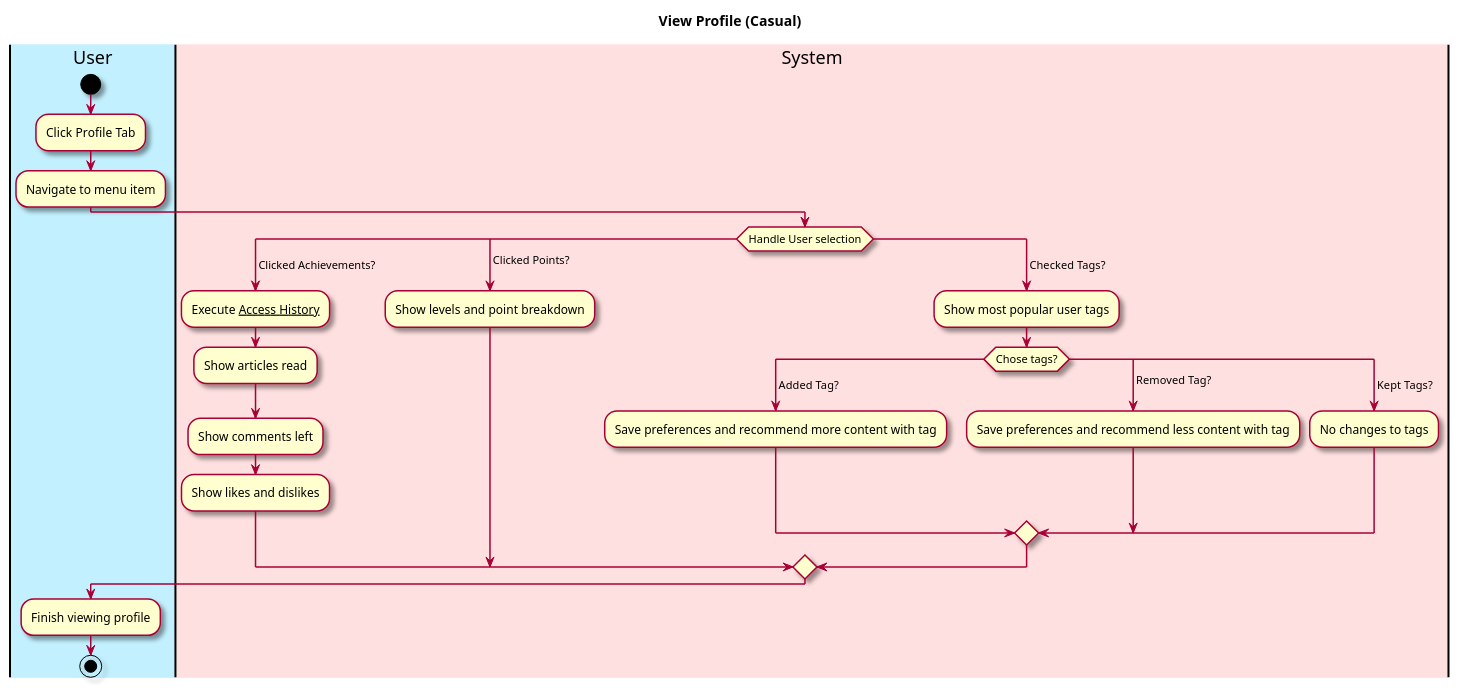
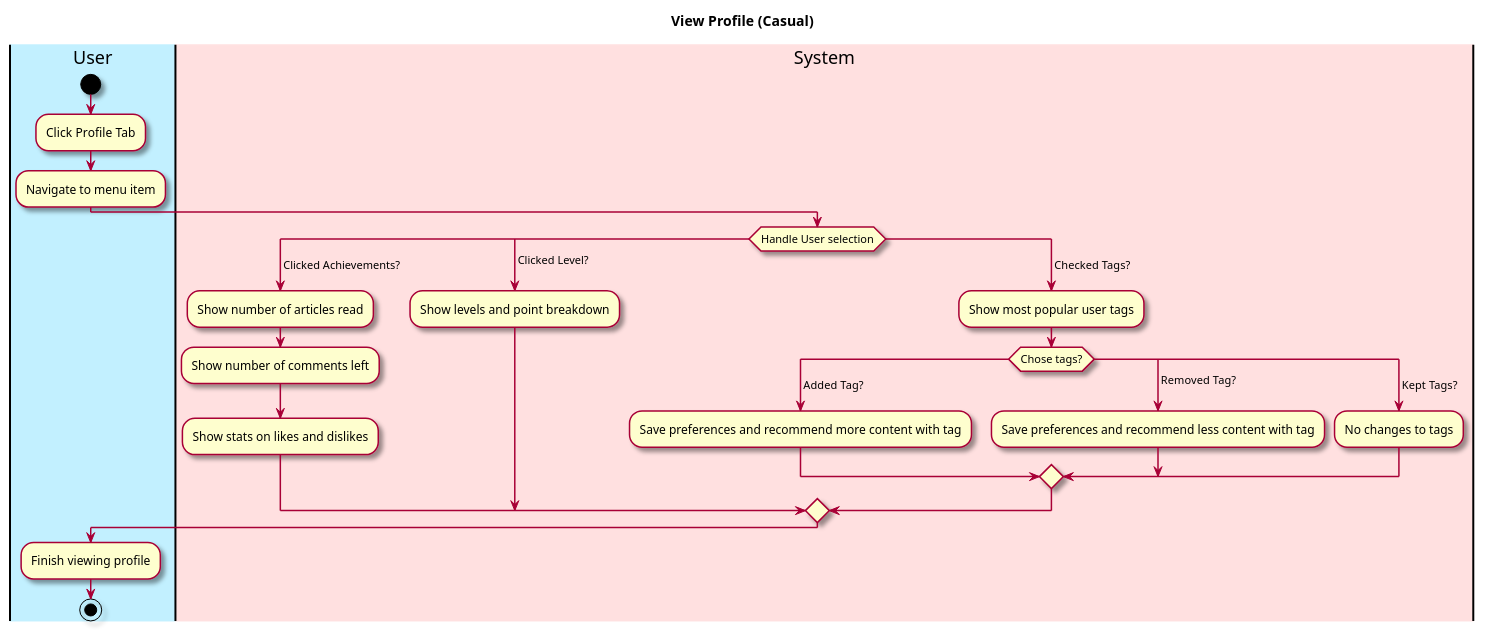
The diagram in intellij/doc/Functional Specification/view-profile.md (owhitleym-ui/EcoScoop), drawn with PlantUML before and after one commit. The commit also changed 9 other files, not shown here.

````diff
--- a/intellij/doc/Functional Specification/view-profile.md
+++ b/intellij/doc/Functional Specification/view-profile.md
@@ -22,52 +22,51 @@
 ```plantuml
 @startuml
 
 skin rose
 
 title View Profile (Casual)
 
 'define the lanes
 |#application|User|
 |#implementation|System|
 
 |User|
 start
 :Click Profile Tab;
 :Navigate to menu item;
 |System|
 switch (Handle User selection)
 case ( Clicked Achievements?)
     |System|
-    :Execute __Access History__;
-    :Show articles read;
-    :Show comments left;
-    :Show likes and dislikes;
+    :Show number of articles read;
+    :Show number of comments left;
+    :Show stats on likes and dislikes;
 
-case ( Clicked Points?)
+case ( Clicked Level?)
     |System|
     :Show levels and point breakdown;
 
 case ( Checked Tags?)
     
     :Show most popular user tags;
     |System|
     switch (Chose tags?)
     |System|
     case ( Added Tag?)
     |System|
         :Save preferences and recommend more content with tag;
     case ( Removed Tag?)
     |System|
         :Save preferences and recommend less content with tag;
     case ( Kept Tags?)
     |System|
         :No changes to tags;
     endswitch
 endswitch
 
 |User|
 :Finish viewing profile;
 
 stop
 @enduml
 ```
````
